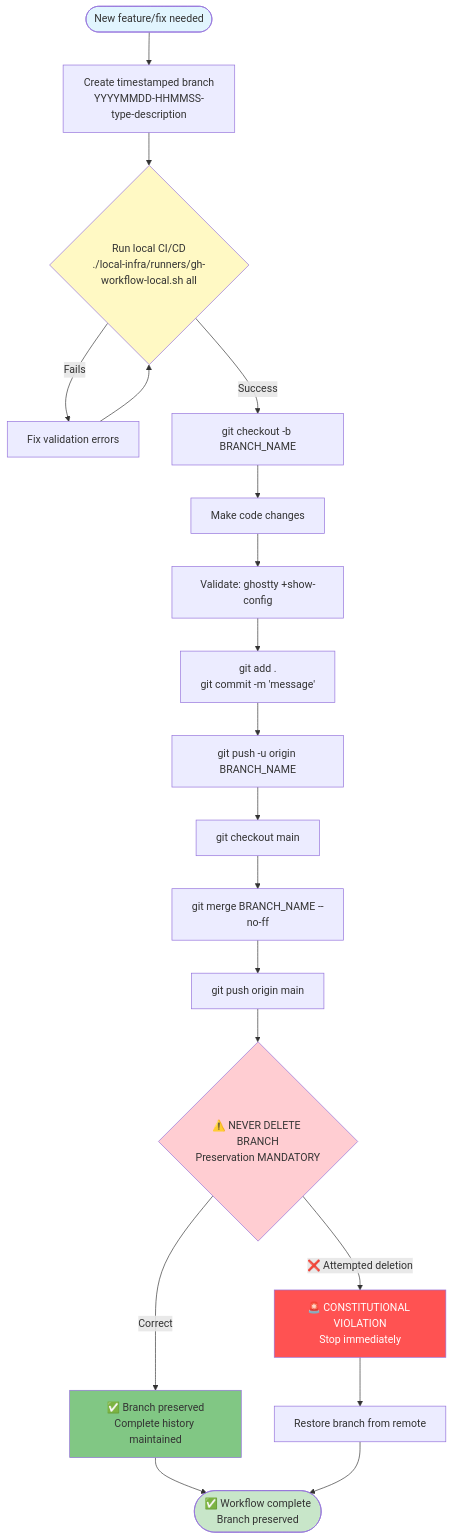
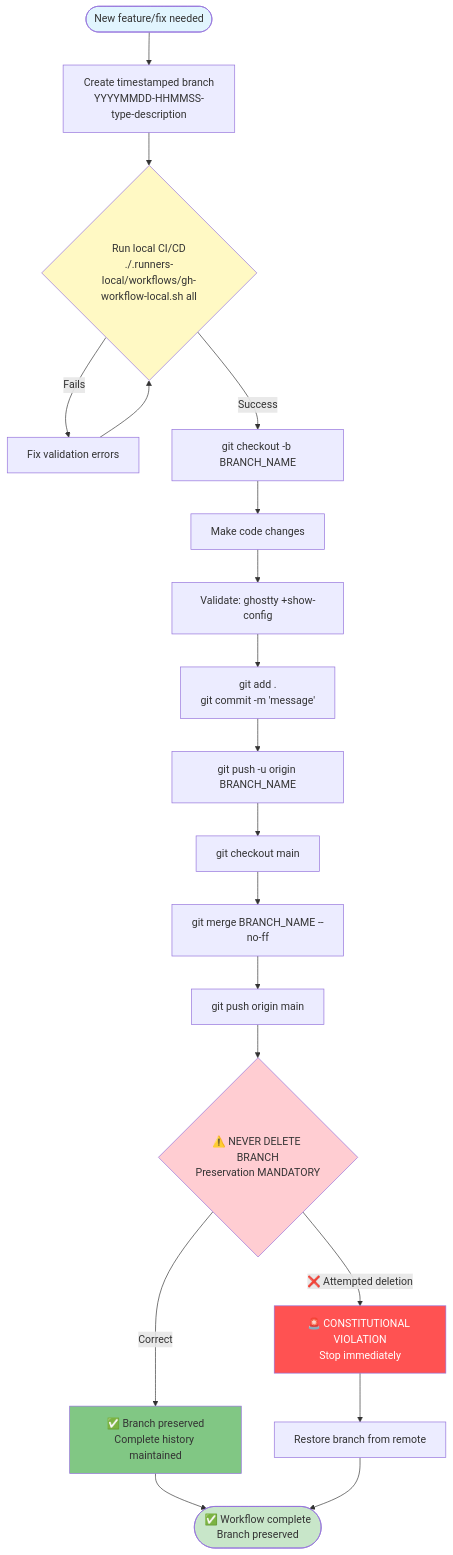
The first of 2 diagrams in AGENTS.md (kairin/ghostty-config-files), drawn with Mermaid before and after one commit. The commit also changed other lines of this file and 65 other files, not shown here.

First line of the commit message:
refactor: Consolidate CI/CD infrastructure into .runners-local/

````diff
--- a/AGENTS.md
+++ b/AGENTS.md
@@ -141,34 +141,34 @@
 ```mermaid
 flowchart TD
     Start([New feature/fix needed]) --> CreateBranch[Create timestamped branch<br/>YYYYMMDD-HHMMSS-type-description]
-    CreateBranch --> LocalCICD{Run local CI/CD<br/>./local-infra/runners/gh-workflow-local.sh all}
+    CreateBranch --> LocalCICD{Run local CI/CD<br/>./.runners-local/workflows/gh-workflow-local.sh all}
 
     LocalCICD -->|Fails| FixIssues[Fix validation errors]
     FixIssues --> LocalCICD
     LocalCICD -->|Success| Checkout[git checkout -b BRANCH_NAME]
 
     Checkout --> MakeChanges[Make code changes]
     MakeChanges --> Validate[Validate: ghostty +show-config]
     Validate --> Commit[git add .<br/>git commit -m 'message']
 
     Commit --> Push[git push -u origin BRANCH_NAME]
     Push --> CheckoutMain[git checkout main]
     CheckoutMain --> Merge[git merge BRANCH_NAME --no-ff]
 
     Merge --> PushMain[git push origin main]
     PushMain --> Preserve{⚠️ NEVER DELETE BRANCH<br/>Preservation MANDATORY}
 
     Preserve -->|Correct| Keep[✅ Branch preserved<br/>Complete history maintained]
     Preserve -->|❌ Attempted deletion| Warn[🚨 CONSTITUTIONAL VIOLATION<br/>Stop immediately]
 
     Keep --> Complete([✅ Workflow complete<br/>Branch preserved])
     Warn --> RollBack[Restore branch from remote]
     RollBack --> Complete
 
     style Start fill:#e1f5fe
     style Complete fill:#c8e6c9
     style Preserve fill:#ffcdd2
     style Warn fill:#ff5252,color:#fff
     style LocalCICD fill:#fff9c4
     style Keep fill:#81c784
 ```
````
